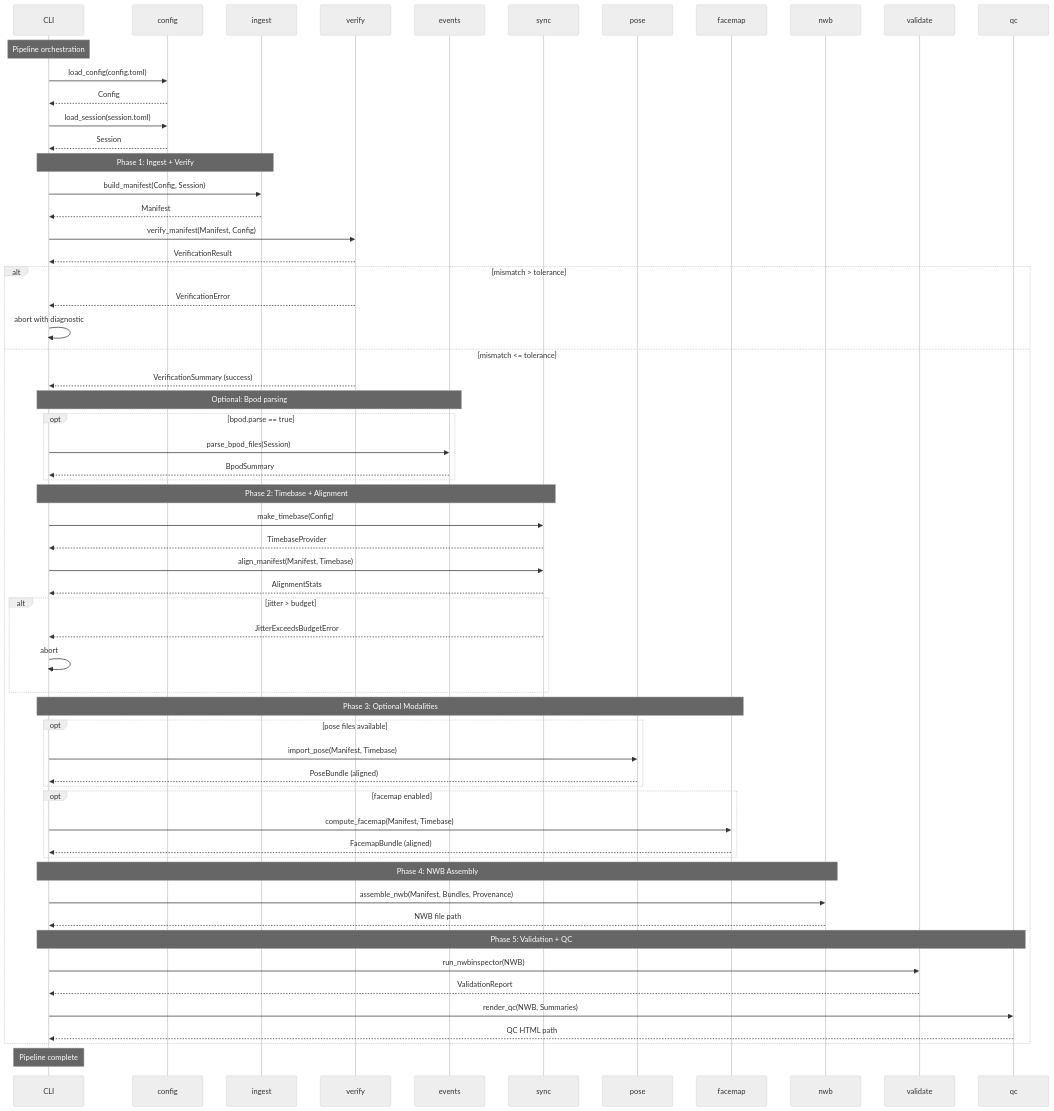
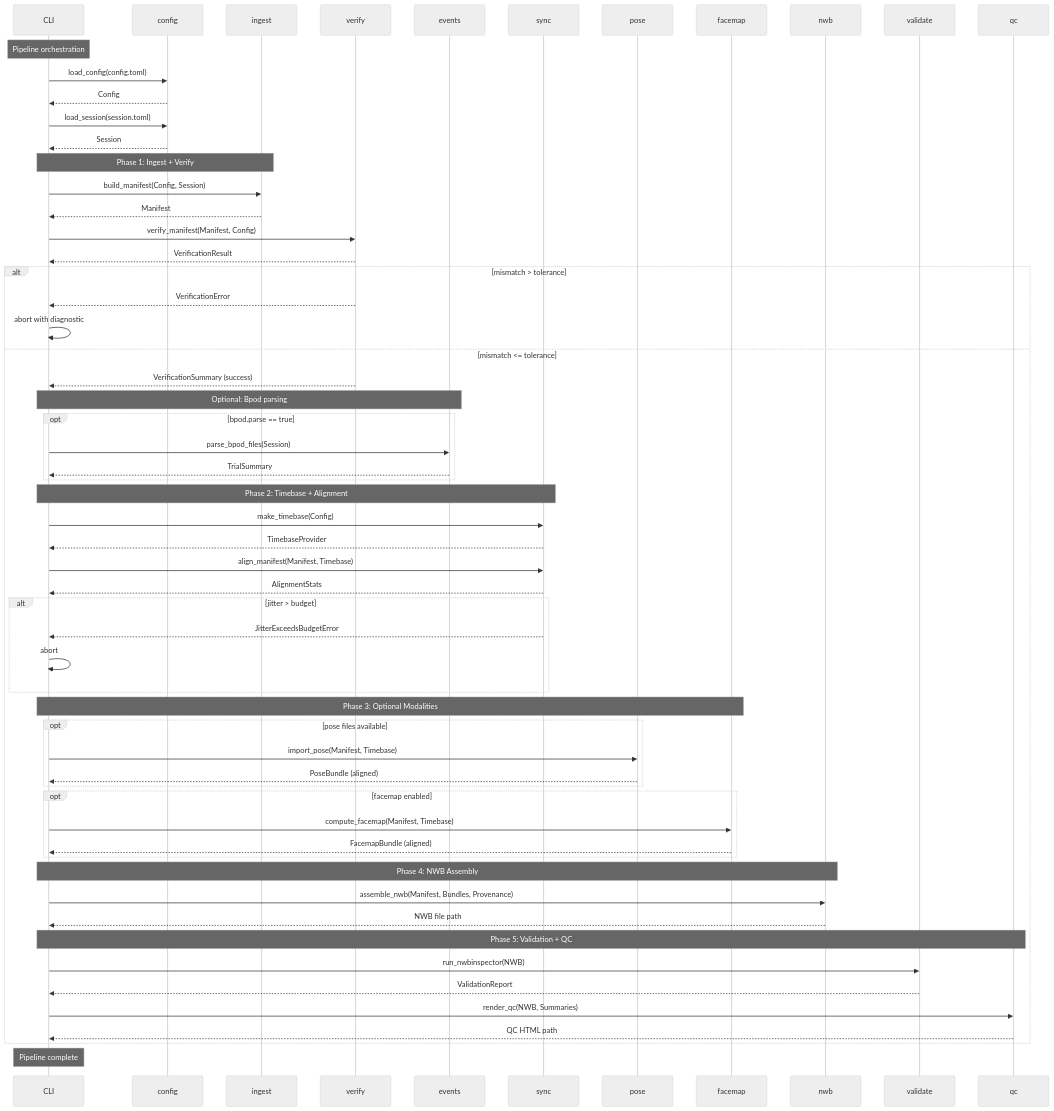
One commit to BorjaEst/w2t-bkin changed the third of 3 diagrams in design.md. Above: the diagram before and after it, drawn with Mermaid (neutral theme). The commit also changed 20 other files, not shown here.

````diff
--- a/design.md
+++ b/design.md
@@ -305,74 +305,74 @@
 ```mermaid
 sequenceDiagram
   participant CLI
   participant config
   participant ingest
   participant verify
   participant events
   participant sync
   participant pose
   participant facemap
   participant nwb
   participant validate
   participant qc
 
   Note over CLI: Pipeline orchestration
   CLI->>config: load_config(config.toml)
   config-->>CLI: Config
   CLI->>config: load_session(session.toml)
   config-->>CLI: Session
 
   Note over CLI,ingest: Phase 1: Ingest + Verify
   CLI->>ingest: build_manifest(Config, Session)
   ingest-->>CLI: Manifest
   CLI->>verify: verify_manifest(Manifest, Config)
   verify-->>CLI: VerificationResult
 
   alt mismatch > tolerance
     verify-->>CLI: VerificationError
     CLI->>CLI: abort with diagnostic
   else mismatch <= tolerance
     verify-->>CLI: VerificationSummary (success)
 
     Note over CLI,events: Optional: Bpod parsing
     opt bpod.parse == true
       CLI->>events: parse_bpod_files(Session)
-      events-->>CLI: BpodSummary
+      events-->>CLI: TrialSummary
     end
 
     Note over CLI,sync: Phase 2: Timebase + Alignment
     CLI->>sync: make_timebase(Config)
     sync-->>CLI: TimebaseProvider
     CLI->>sync: align_manifest(Manifest, Timebase)
     sync-->>CLI: AlignmentStats
 
     alt jitter > budget
       sync-->>CLI: JitterExceedsBudgetError
       CLI->>CLI: abort
     end
 
     Note over CLI,facemap: Phase 3: Optional Modalities
     opt pose files available
       CLI->>pose: import_pose(Manifest, Timebase)
       pose-->>CLI: PoseBundle (aligned)
     end
 
     opt facemap enabled
       CLI->>facemap: compute_facemap(Manifest, Timebase)
       facemap-->>CLI: FacemapBundle (aligned)
     end
 
     Note over CLI,nwb: Phase 4: NWB Assembly
     CLI->>nwb: assemble_nwb(Manifest, Bundles, Provenance)
     nwb-->>CLI: NWB file path
 
     Note over CLI,qc: Phase 5: Validation + QC
     CLI->>validate: run_nwbinspector(NWB)
     validate-->>CLI: ValidationReport
 
     CLI->>qc: render_qc(NWB, Summaries)
     qc-->>CLI: QC HTML path
   end
 
   Note over CLI: Pipeline complete
 ```
````
